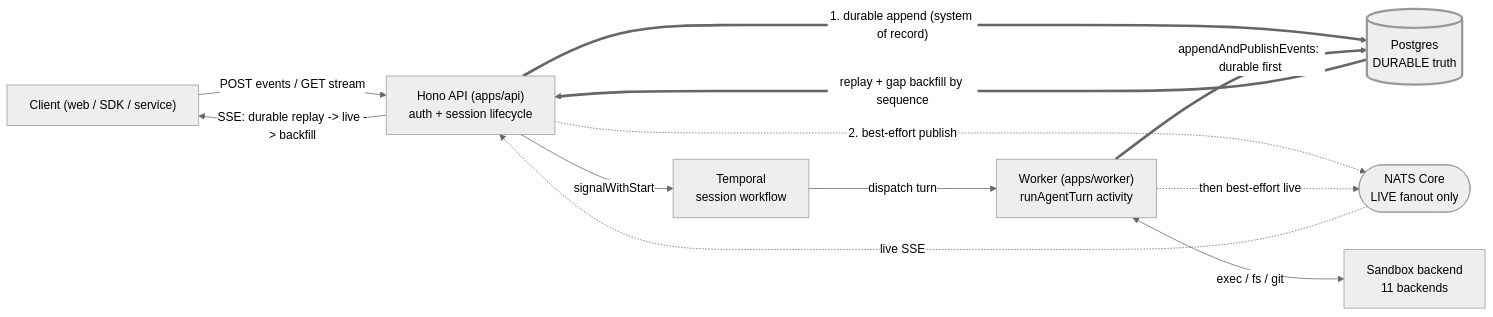
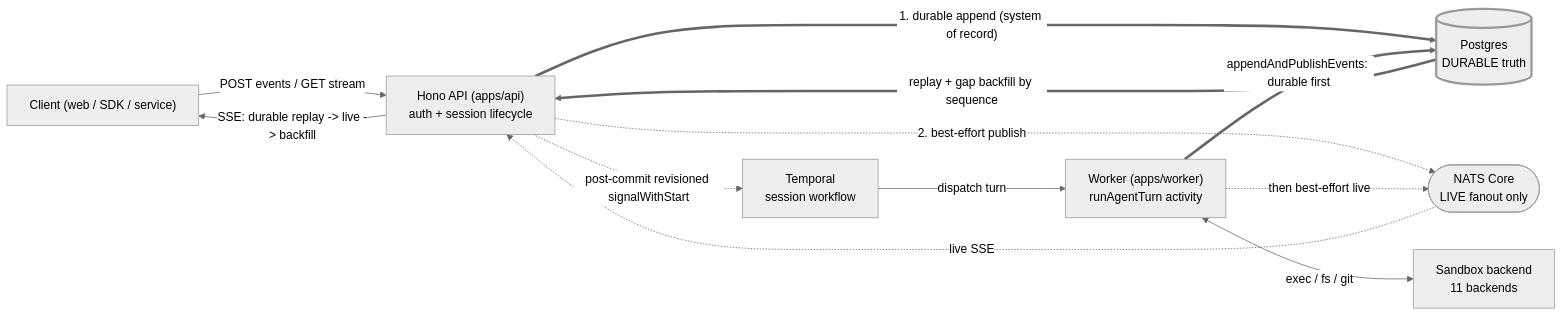
The first of 2 diagrams in docs/architecture.md (Cloudgeni-ai/opengeni), drawn with Mermaid (neutral theme) before and after one commit. The commit also changed other lines of this file and 9 other files, not shown here.

````diff
--- a/docs/architecture.md
+++ b/docs/architecture.md
@@ -185,25 +185,25 @@
 ```mermaid
 flowchart LR
   Client["Client (web / SDK / service)"]
   API["Hono API (apps/api)<br/>auth + session lifecycle"]
   PG[("Postgres<br/>DURABLE truth")]
   TQ["Temporal<br/>session workflow"]
   W["Worker (apps/worker)<br/>runAgentTurn activity"]
   SB["Sandbox backend<br/>11 backends"]
   NATS(["NATS Core<br/>LIVE fanout only"])
 
   Client -->|"POST events / GET stream"| API
   API ==>|"1. durable append (system of record)"| PG
   API -.->|"2. best-effort publish"| NATS
-  API -->|"signalWithStart"| TQ
+  API -.->|"post-commit revisioned signalWithStart"| TQ
   TQ -->|"dispatch turn"| W
   W <-->|"exec / fs / git"| SB
   W ==>|"appendAndPublishEvents: durable first"| PG
   W -.->|"then best-effort live"| NATS
   NATS -.->|"live SSE"| API
   PG ==>|"replay + gap backfill by sequence"| API
   API -->|"SSE: durable replay -> live -> backfill"| Client
 
   classDef durable stroke-width:3px;
   class PG durable;
 ```
````
